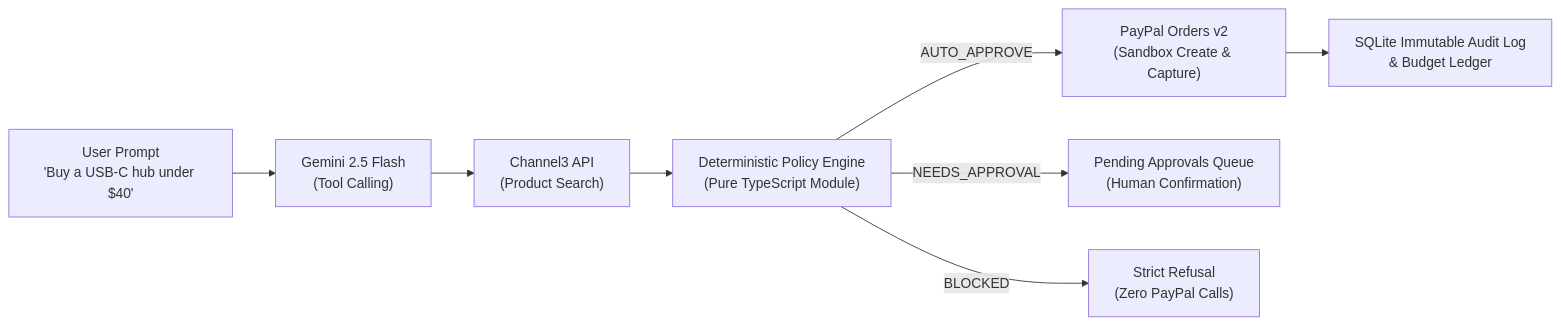
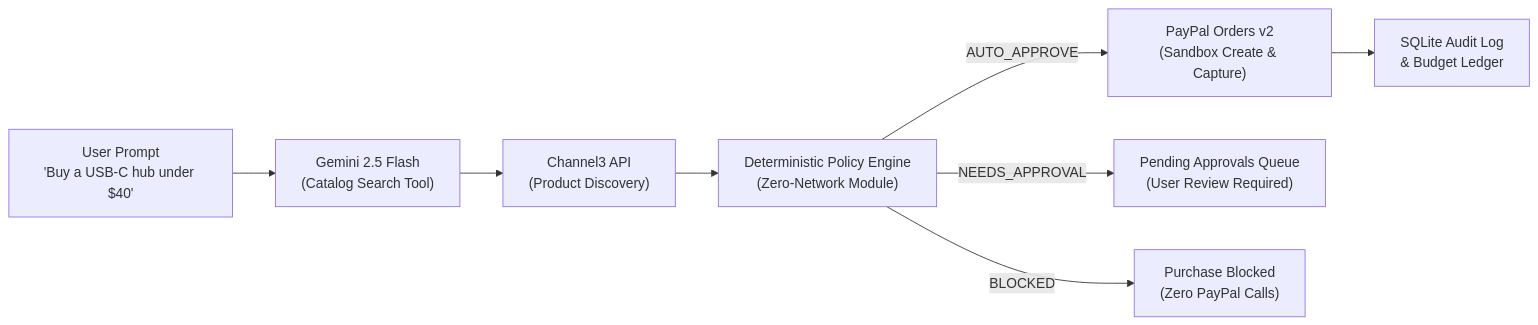
One commit to ritesh-1912/SpendGuard-Paypal-Hackathon- changed the diagram in README.md. Above: the diagram before and after it, drawn with Mermaid. The commit also changed other lines of this file and 25 other files, not shown here.

````diff
--- a/README.md
+++ b/README.md
@@ -19,10 +19,10 @@
 ```mermaid
 flowchart LR
-    A["User Prompt\n'Buy a USB-C hub under $40'"] --> B["Gemini 2.5 Flash\n(Tool Calling)"]
-    B --> C["Channel3 API\n(Product Search)"]
-    C --> D["Deterministic Policy Engine\n(Pure TypeScript Module)"]
+    A["User Prompt\n'Buy a USB-C hub under $40'"] --> B["Gemini 2.5 Flash\n(Catalog Search Tool)"]
+    B --> C["Channel3 API\n(Product Discovery)"]
+    C --> D["Deterministic Policy Engine\n(Zero-Network Module)"]
     D -->|AUTO_APPROVE| E["PayPal Orders v2\n(Sandbox Create & Capture)"]
-    D -->|NEEDS_APPROVAL| F["Pending Approvals Queue\n(Human Confirmation)"]
-    D -->|BLOCKED| G["Strict Refusal\n(Zero PayPal Calls)"]
-    E --> H["SQLite Immutable Audit Log\n& Budget Ledger"]
+    D -->|NEEDS_APPROVAL| F["Pending Approvals Queue\n(User Review Required)"]
+    D -->|BLOCKED| G["Purchase Blocked\n(Zero PayPal Calls)"]
+    E --> H["SQLite Audit Log\n& Budget Ledger"]
 ```
````
